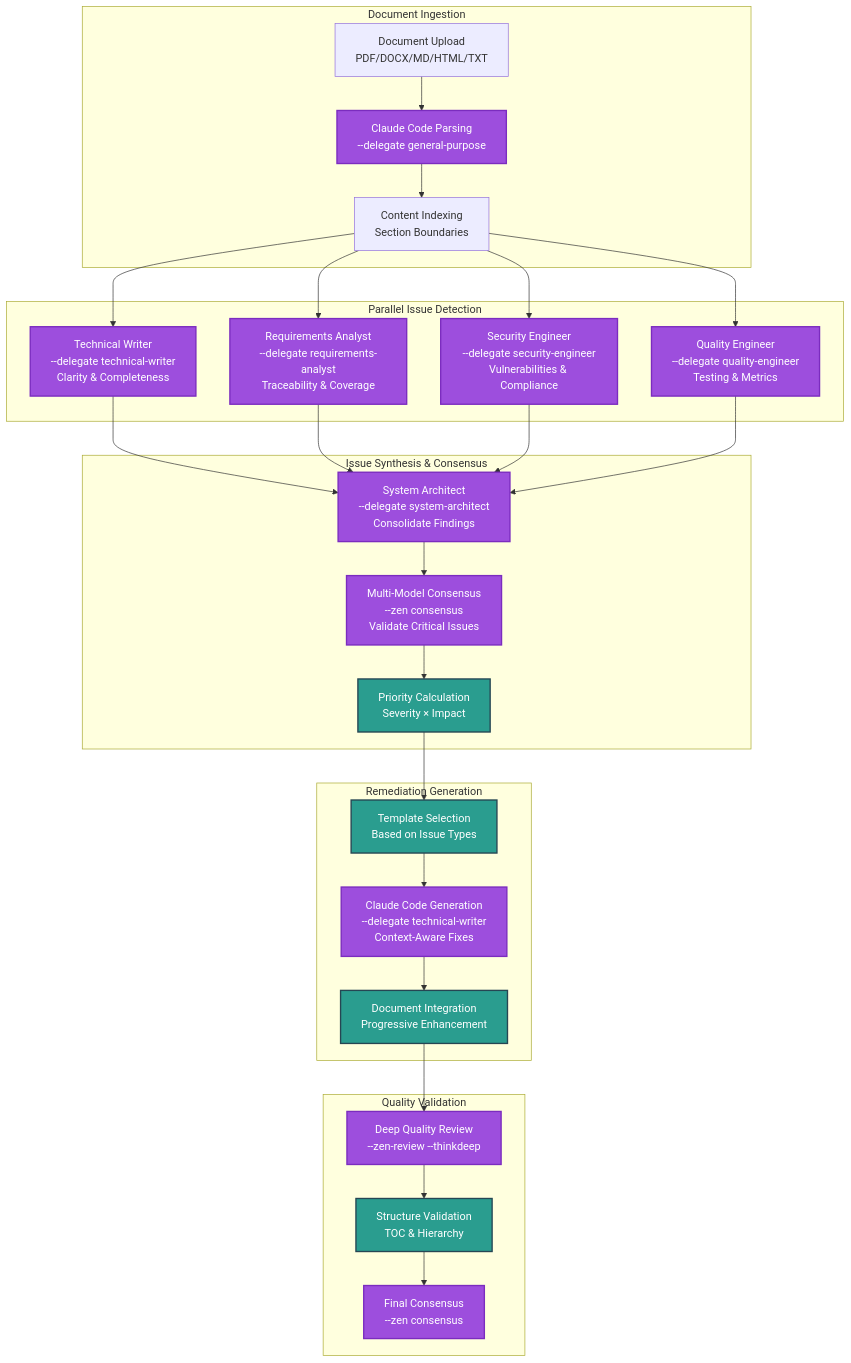
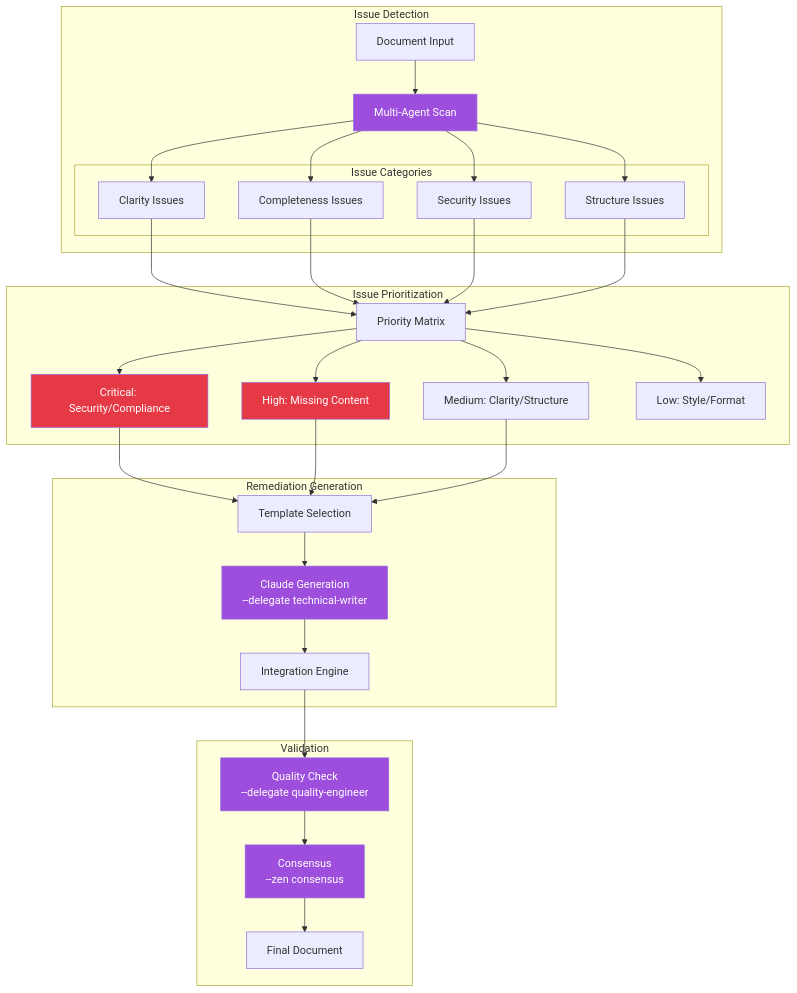
Before and after one commit to Tony363/DocAutomate: the sixth of 7 diagrams in README.md, drawn with Mermaid. The commit also changed other lines of this file and 6 other files, not shown here.

````diff
--- a/README.md
+++ b/README.md
@@ -968,62 +1321,51 @@
 ```mermaid
 graph TB
-    subgraph "Document Ingestion"
-        DOC[Document Upload<br/>PDF/DOCX/MD/HTML/TXT]
-        PARSE[Claude Code Parsing<br/>--delegate general-purpose]
-        INDEX[Content Indexing<br/>Section Boundaries]
+    subgraph "Issue Detection"
+        DOC[Document Input]
+        SCAN[Multi-Agent Scan]
+        
+        subgraph "Issue Categories"
+            CLAR[Clarity Issues]
+            COMP[Completeness Issues]
+            SEC[Security Issues]
+            STRUC[Structure Issues]
+        end
     end
     
-    subgraph "Parallel Issue Detection"
-        TW[Technical Writer<br/>--delegate technical-writer<br/>Clarity & Completeness]
-        RA[Requirements Analyst<br/>--delegate requirements-analyst<br/>Traceability & Coverage]
-        SE[Security Engineer<br/>--delegate security-engineer<br/>Vulnerabilities & Compliance]
-        QE[Quality Engineer<br/>--delegate quality-engineer<br/>Testing & Metrics]
-    end
-    
-    subgraph "Issue Synthesis & Consensus"
-        SA[System Architect<br/>--delegate system-architect<br/>Consolidate Findings]
-        CONSENSUS[Multi-Model Consensus<br/>--zen consensus<br/>Validate Critical Issues]
-        PRIORITY[Priority Calculation<br/>Severity × Impact]
+    subgraph "Issue Prioritization"
+        PRIO[Priority Matrix]
+        CRIT[Critical: Security/Compliance]
+        HIGH[High: Missing Content]
+        MED[Medium: Clarity/Structure]
+        LOW[Low: Style/Format]
     end
     
     subgraph "Remediation Generation"
-        TEMPLATE[Template Selection<br/>Based on Issue Types]
-        GENERATE[Claude Code Generation<br/>--delegate technical-writer<br/>Context-Aware Fixes]
-        INTEGRATE[Document Integration<br/>Progressive Enhancement]
+        TEMP[Template Selection]
+        GEN[Claude Generation<br/>--delegate technical-writer]
+        INT[Integration Engine]
     end
     
-    subgraph "Quality Validation"
-        REVIEW[Deep Quality Review<br/>--zen-review --thinkdeep]
-        STRUCTURAL[Structure Validation<br/>TOC & Hierarchy]
-        FINAL[Final Consensus<br/>--zen consensus]
+    subgraph "Validation"
+        QVAL[Quality Check<br/>--delegate quality-engineer]
+        CONS[Consensus<br/>--zen consensus]
+        FINAL[Final Document]
     end
     
-    DOC --> PARSE
-    PARSE --> INDEX
-    INDEX --> TW
-    INDEX --> RA
-    INDEX --> SE
-    INDEX --> QE
+    DOC --> SCAN
+    SCAN --> CLAR & COMP & SEC & STRUC
+    CLAR & COMP & SEC & STRUC --> PRIO
+    PRIO --> CRIT & HIGH & MED & LOW
+    CRIT & HIGH & MED --> TEMP
+    TEMP --> GEN
+    GEN --> INT
+    INT --> QVAL
+    QVAL --> CONS
+    CONS --> FINAL
     
-    TW --> SA
-    RA --> SA
-    SE --> SA
-    QE --> SA
+    classDef claude fill:#9d4edd,color:#fff
+    classDef priority fill:#e63946,color:#fff
     
-    SA --> CONSENSUS
-    CONSENSUS --> PRIORITY
-    
-    PRIORITY --> TEMPLATE
-    TEMPLATE --> GENERATE
-    GENERATE --> INTEGRATE
-    
-    INTEGRATE --> REVIEW
-    REVIEW --> STRUCTURAL
-    STRUCTURAL --> FINAL
-    
-    classDef claude fill:#9d4edd,stroke:#7b2cbf,stroke-width:2px,color:#fff
-    classDef process fill:#2a9d8f,stroke:#264653,stroke-width:2px,color:#fff
-    
-    class PARSE,TW,RA,SE,QE,SA,CONSENSUS,GENERATE,REVIEW,FINAL claude
-    class TEMPLATE,INTEGRATE,PRIORITY,STRUCTURAL process
+    class SCAN,GEN,QVAL,CONS claude
+    class CRIT,HIGH priority
 ```
````
